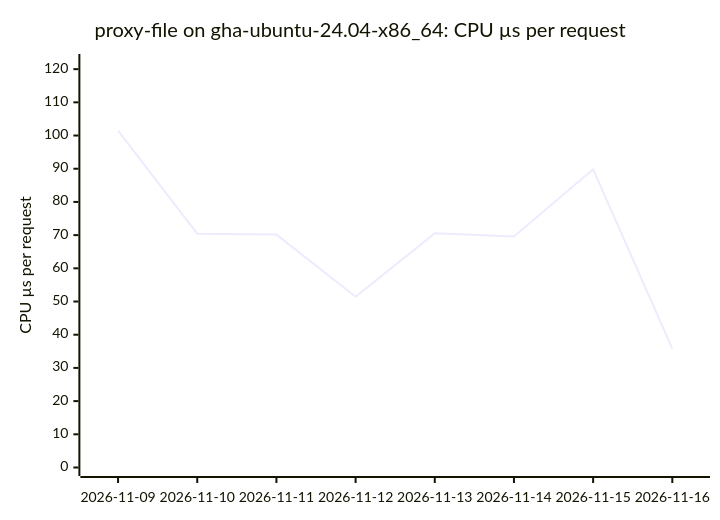
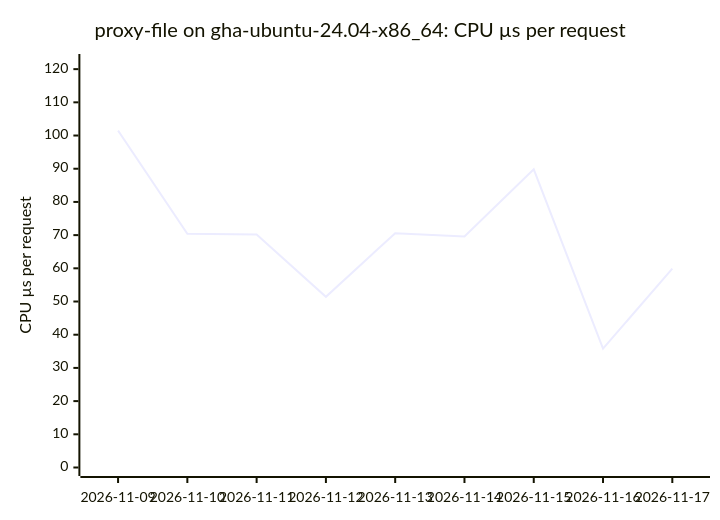
One commit to ThePixelPilgrim/durchlauferhitzer changed the seventh of 18 diagrams in BENCHMARKS.md. Above: the diagram before and after it, drawn with Mermaid. The commit also changed other lines of this file and 1 other file, not shown here.

````diff
--- a/BENCHMARKS.md
+++ b/BENCHMARKS.md
@@ -86,7 +86,7 @@
 ```mermaid
 xychart-beta
   title "proxy-file on gha-ubuntu-24.04-x86_64: CPU µs per request"
-  x-axis ["2026-11-09", "2026-11-10", "2026-11-11", "2026-11-12", "2026-11-13", "2026-11-14", "2026-11-15", "2026-11-16"]
+  x-axis ["2026-11-09", "2026-11-10", "2026-11-11", "2026-11-12", "2026-11-13", "2026-11-14", "2026-11-15", "2026-11-16", "2026-11-17"]
   y-axis "CPU µs per request" 0 --> 122
-  line [101.47, 70.43, 70.16, 51.41, 70.59, 69.57, 89.81, 35.79]
+  line [101.47, 70.43, 70.16, 51.41, 70.59, 69.57, 89.81, 35.79, 59.91]
 ```
````
